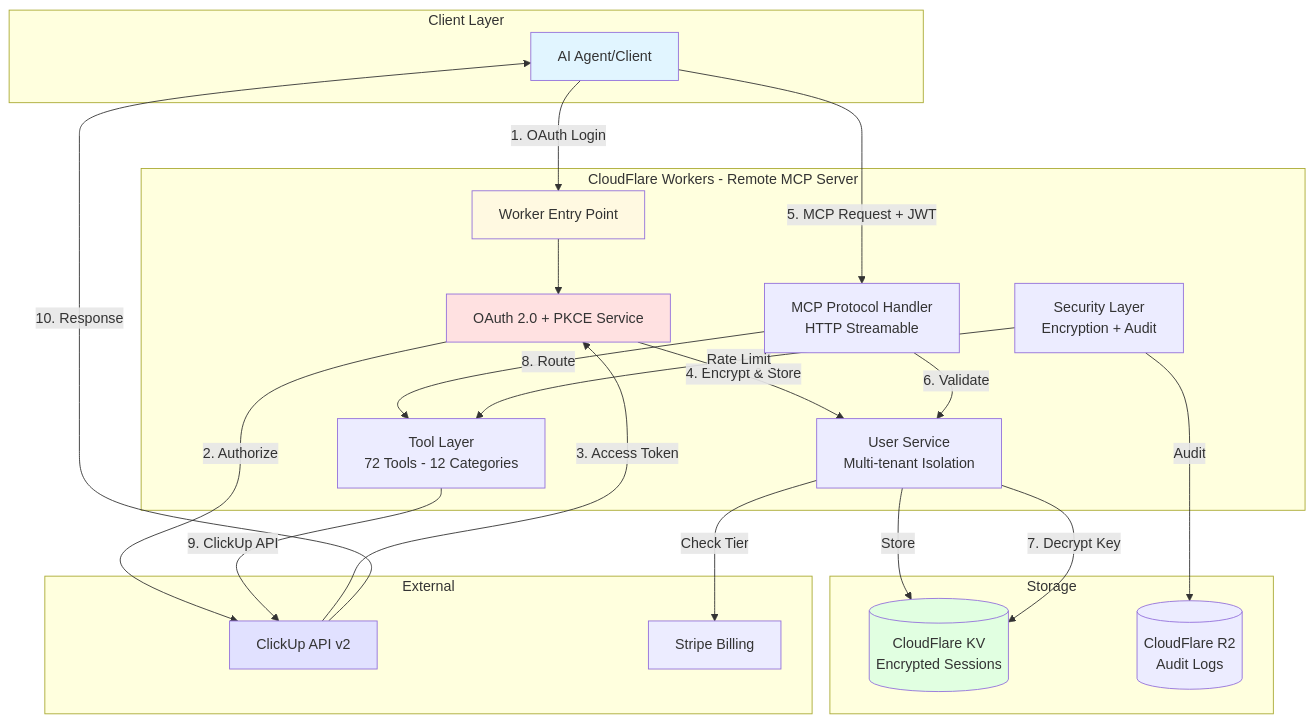
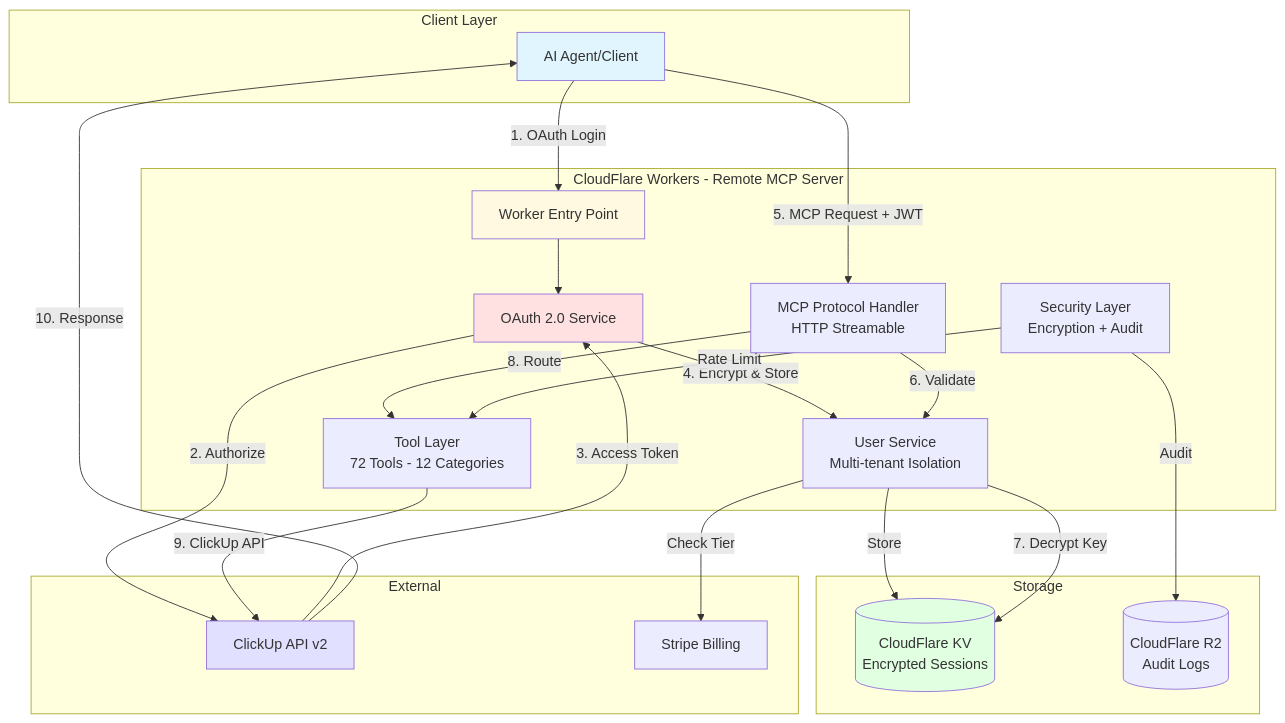
One commit to gofullthrottle/mcp-server-clickup changed the diagram in README.md. Above: the diagram before and after it, drawn with Mermaid. The commit also changed other lines of this file and 1 other file, not shown here.

First line of the commit message:
fix: remove incorrect PKCE claims from documentation

````diff
--- a/README.md
+++ b/README.md
@@ -196,49 +196,49 @@
 ```mermaid
 graph TB
     subgraph "Client Layer"
         User[AI Agent/Client]
     end
 
     subgraph "CloudFlare Workers - Remote MCP Server"
         Worker[Worker Entry Point]
-        OAuth[OAuth 2.0 + PKCE Service]
+        OAuth[OAuth 2.0 Service]
         UserMgmt[User Service<br/>Multi-tenant Isolation]
         MCPServer[MCP Protocol Handler<br/>HTTP Streamable]
         Tools[Tool Layer<br/>72 Tools - 12 Categories]
         Security[Security Layer<br/>Encryption + Audit]
     end
 
     subgraph "Storage"
         KV[(CloudFlare KV<br/>Encrypted Sessions)]
         R2[(CloudFlare R2<br/>Audit Logs)]
     end
 
     subgraph "External"
         ClickUp[ClickUp API v2]
         Stripe[Stripe Billing]
     end
 
     User -->|1. OAuth Login| Worker
     Worker --> OAuth
     OAuth -->|2. Authorize| ClickUp
     ClickUp -->|3. Access Token| OAuth
     OAuth -->|4. Encrypt & Store| UserMgmt
     UserMgmt -->|Store| KV
 
     User -->|5. MCP Request + JWT| MCPServer
     MCPServer -->|6. Validate| UserMgmt
     UserMgmt -->|7. Decrypt Key| KV
     MCPServer -->|8. Route| Tools
     Tools -->|9. ClickUp API| ClickUp
     ClickUp -->|10. Response| User
 
     Security -->|Rate Limit| Tools
     Security -->|Audit| R2
     UserMgmt -->|Check Tier| Stripe
 
     style User fill:#e1f5ff
     style Worker fill:#fff9e1
     style OAuth fill:#ffe1e1
     style KV fill:#e1ffe1
     style ClickUp fill:#e1e1ff
 ```
````
